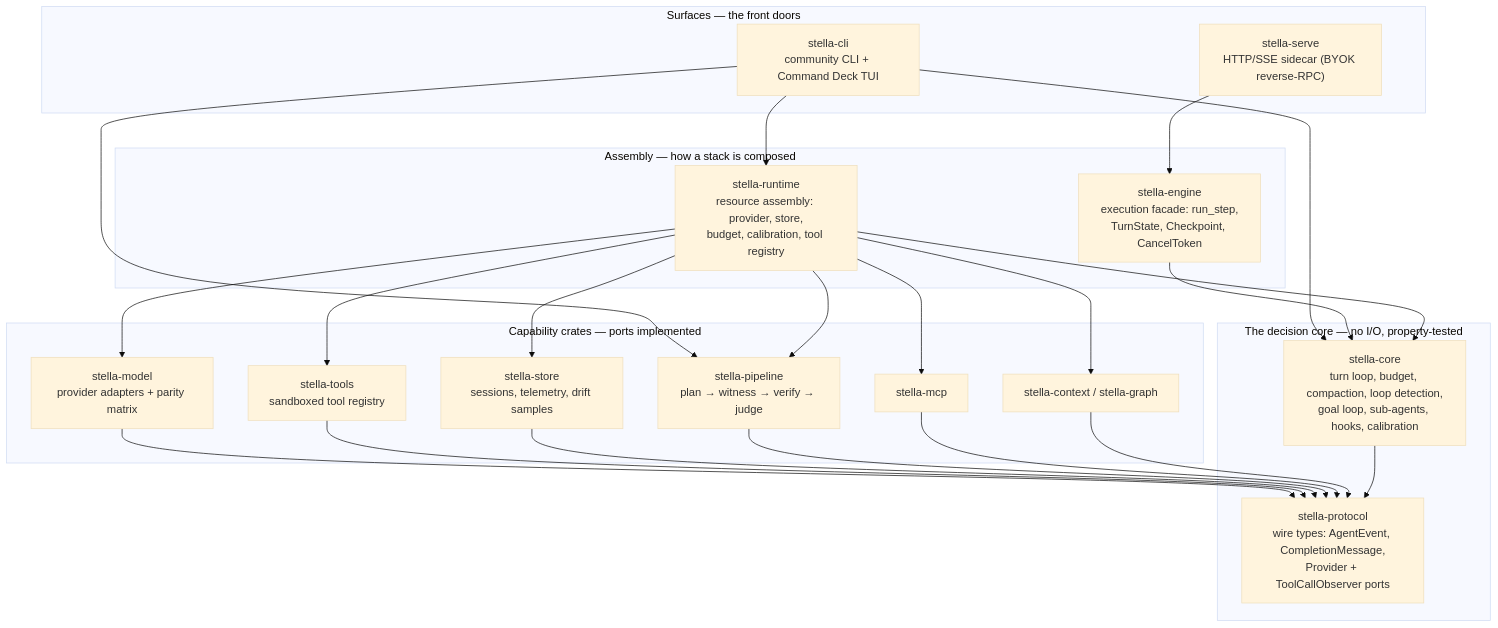
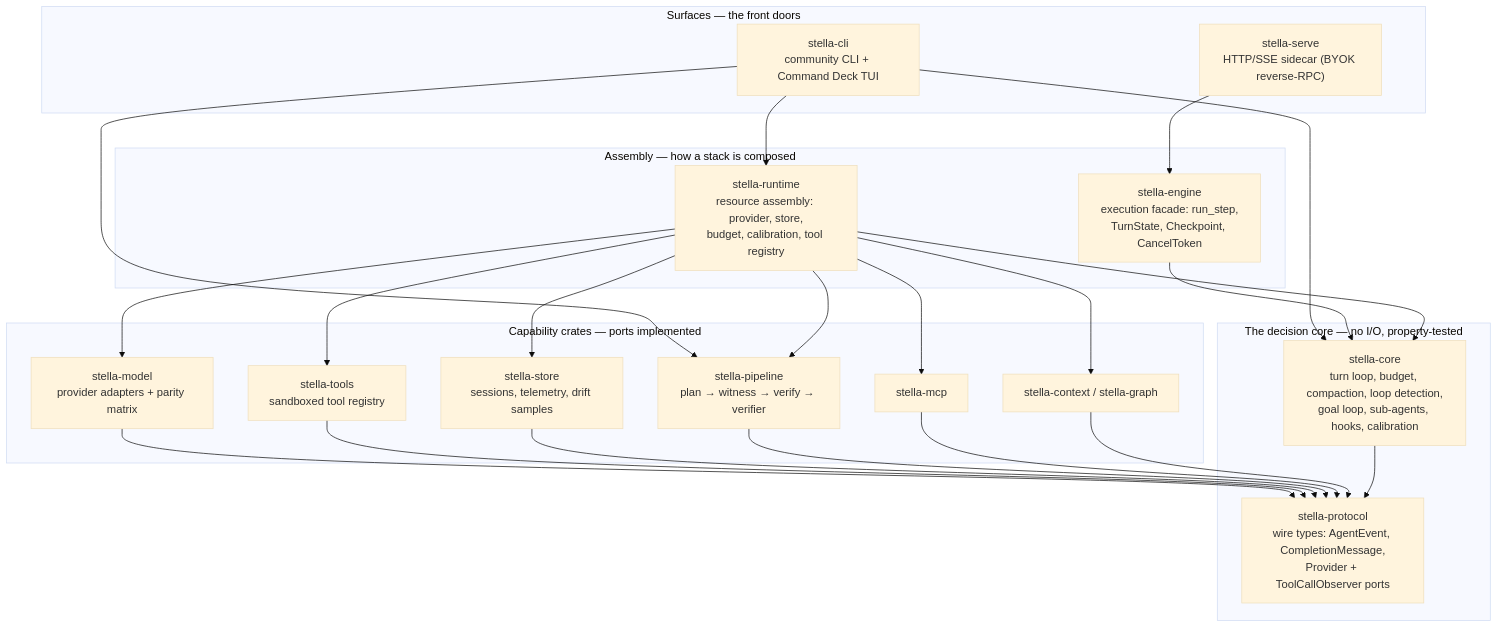
One commit to macanderson/stella changed the first of 3 diagrams in docs/design/engine-embedding.md. Above: the diagram before and after it, drawn with Mermaid (base theme). The commit also changed other lines of this file and 128 other files, not shown here.

````diff
--- a/docs/design/engine-embedding.md
+++ b/docs/design/engine-embedding.md
@@ -43,36 +43,36 @@
 ```mermaid
 flowchart TB
     subgraph surfaces["Surfaces — the front doors"]
         CLI["stella-cli<br/>community CLI + Command Deck TUI"]
         SERVE["stella-serve<br/>HTTP/SSE sidecar (BYOK reverse-RPC)"]
     end
 
     subgraph assembly["Assembly — how a stack is composed"]
         RUNTIME["stella-runtime<br/>resource assembly: provider, store,<br/>budget, calibration, tool registry"]
         ENGINE["stella-engine<br/>execution facade: run_step,<br/>TurnState, Checkpoint, CancelToken"]
     end
 
     subgraph capability["Capability crates — ports implemented"]
         MODEL["stella-model<br/>provider adapters + parity matrix"]
         TOOLS["stella-tools<br/>sandboxed tool registry"]
         STORE["stella-store<br/>sessions, telemetry, drift samples"]
-        PIPE["stella-pipeline<br/>plan → witness → verify → judge"]
+        PIPE["stella-pipeline<br/>plan → witness → verify → verifier"]
         MCP["stella-mcp"]
         CTX["stella-context / stella-graph"]
     end
 
     subgraph core["The decision core — no I/O, property-tested"]
         CORE["stella-core<br/>turn loop, budget, compaction, loop detection,<br/>goal loop, sub-agents, hooks, calibration"]
         PROTO["stella-protocol<br/>wire types: AgentEvent, CompletionMessage,<br/>Provider + ToolCallObserver ports"]
     end
 
     CLI --> RUNTIME
     CLI --> PIPE
     CLI --> CORE
     SERVE --> ENGINE
     RUNTIME --> MODEL & TOOLS & STORE & MCP & CTX & PIPE
     ENGINE --> CORE
     RUNTIME --> CORE
     MODEL & TOOLS & STORE & PIPE & MCP & CTX --> PROTO
     CORE --> PROTO
 ```
````
